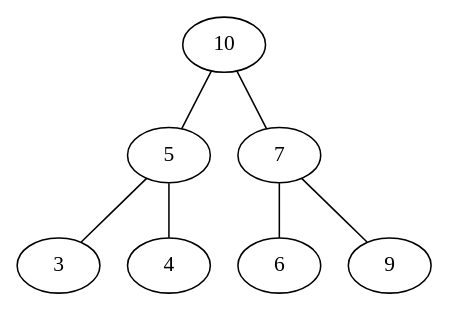
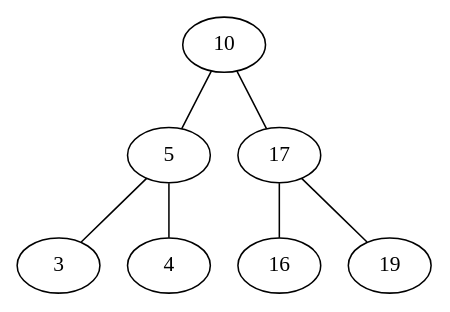
Before and after one commit to asciidiego/diegonyc.github.io: the third of 3 diagrams in posts/algorithms/algorithms.org, drawn with Graphviz. The commit also changed other lines of this file and 2 other files, not shown here.

Commit message:
fix: binary search tree
The tree was not a binary search tree! Only binary...

```diff
--- a/posts/algorithms/algorithms.org
+++ b/posts/algorithms/algorithms.org
@@ -89,10 +89,10 @@
 #+BEGIN_SRC dot :file first_binary_tree.svg :cmdline -Tsvg -Nshape=circle -Nfontname=Helvetica
 graph G {
-    10 -- 5;
-    5 -- 3;
-    5 -- 4;
-    10 -- 7;
-    7 -- 6;
-    7 -- 9;
+    10 --  5;
+     5 --  3;
+     5 --  4;
+    10 -- 17;
+    17 -- 16;
+    17 -- 19;
 }
 #+END_SRC
```
